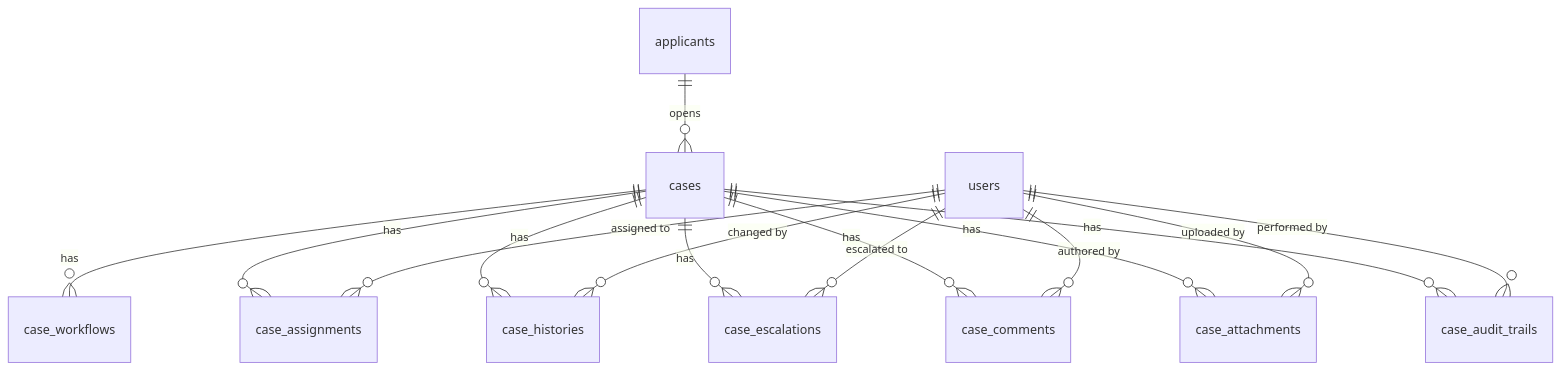
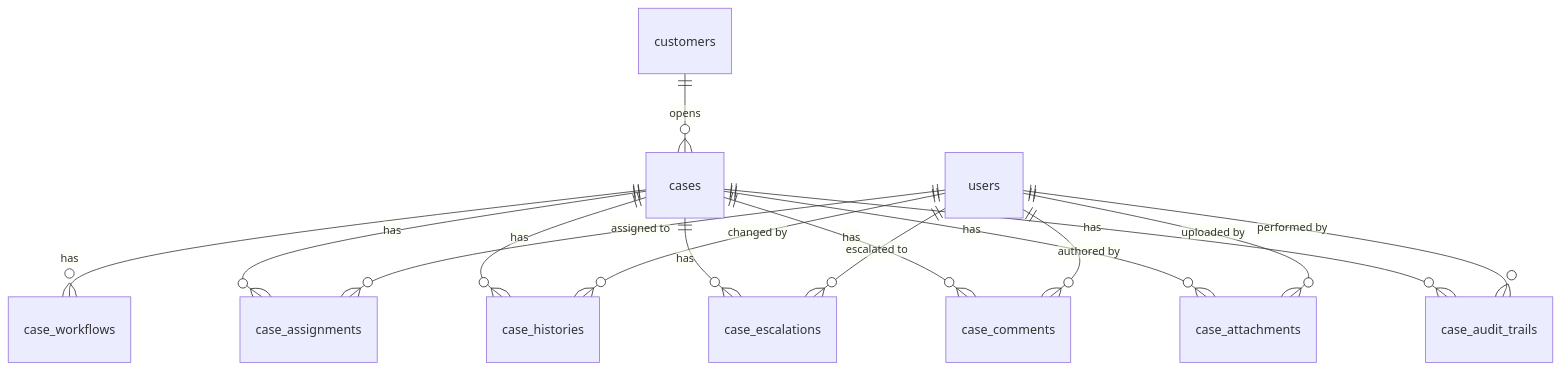
One commit to Nouman64-cat/insurance-ai changed the third of 3 diagrams in docs/docs/cases.md. Above: the diagram before and after it, drawn with Mermaid. The commit also changed other lines of this file and 63 other files, not shown here.

````diff
--- a/docs/docs/cases.md
+++ b/docs/docs/cases.md
@@ -148,17 +148,17 @@
 ```mermaid
 erDiagram
     cases ||--o{ case_workflows : "has"
     cases ||--o{ case_assignments : "has"
     cases ||--o{ case_histories : "has"
     cases ||--o{ case_escalations : "has"
     cases ||--o{ case_comments : "has"
     cases ||--o{ case_attachments : "has"
     cases ||--o{ case_audit_trails : "has"
-    applicants ||--o{ cases : "opens"
+    customers ||--o{ cases : "opens"
     users ||--o{ case_assignments : "assigned to"
     users ||--o{ case_histories : "changed by"
     users ||--o{ case_comments : "authored by"
     users ||--o{ case_escalations : "escalated to"
     users ||--o{ case_attachments : "uploaded by"
     users ||--o{ case_audit_trails : "performed by"
 ```
````
